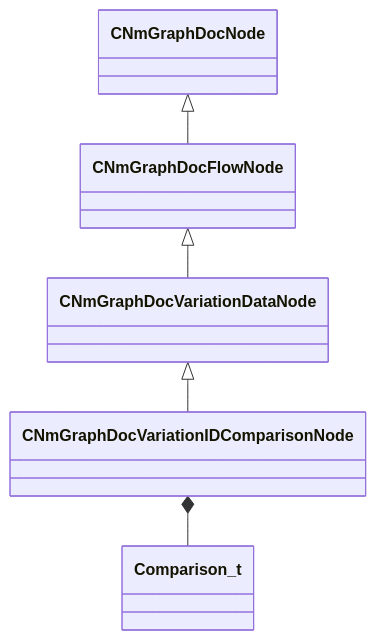
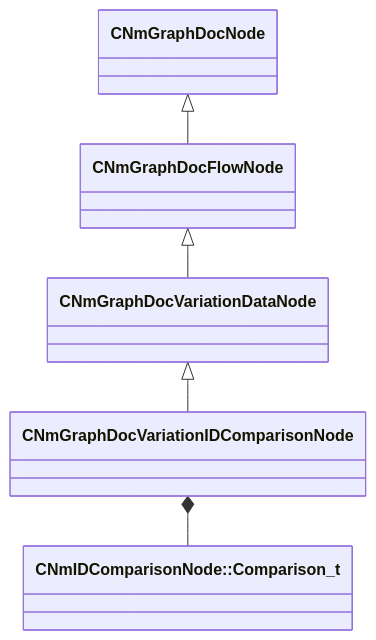
Before and after one commit to CS2OpenDev/CS2OpenDev-Docs: the diagram in docs/generated/schemas/animdoclib/CNmGraphDocVariationIDComparisonNode.md, drawn with Mermaid. The commit also changed other lines of this file and 4525 other files, not shown here.

````diff
--- a/docs/generated/schemas/animdoclib/CNmGraphDocVariationIDComparisonNode.md
+++ b/docs/generated/schemas/animdoclib/CNmGraphDocVariationIDComparisonNode.md
@@ -17,7 +19,7 @@
 ```mermaid
 classDiagram
     CNmGraphDocVariationDataNode <|-- CNmGraphDocVariationIDComparisonNode
     CNmGraphDocFlowNode <|-- CNmGraphDocVariationDataNode
     CNmGraphDocNode <|-- CNmGraphDocFlowNode
-    CNmGraphDocVariationIDComparisonNode *-- Comparison_t
+    CNmGraphDocVariationIDComparisonNode *-- `CNmIDComparisonNode::Comparison_t`
 ```
````
